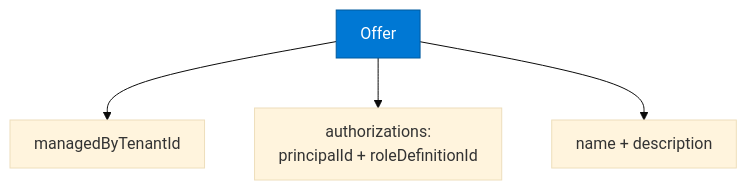
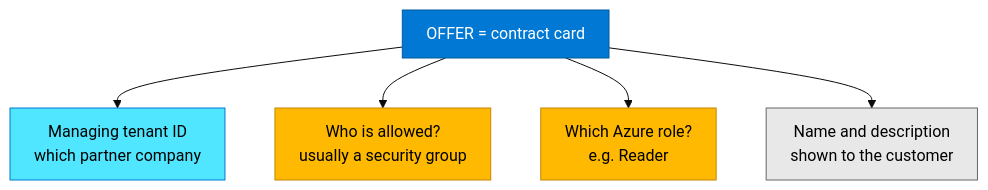
Before and after one commit to atingupta2005/adx-aws-training-aug-26: the fifth of 10 diagrams in Module_09_Azure_Lighthouse/09_Azure_Lighthouse_Concepts.md, drawn with Mermaid. The commit also changed other lines of this file, not shown here.

````diff
--- a/Module_09_Azure_Lighthouse/09_Azure_Lighthouse_Concepts.md
+++ b/Module_09_Azure_Lighthouse/09_Azure_Lighthouse_Concepts.md
@@ -104,9 +183,14 @@
 ```mermaid
 %%{init: {"theme":"base","flowchart":{"htmlLabels":true,"padding":12}}}%%
 flowchart TB
-  O["Offer"]
-  O --> T["managedByTenantId"]
-  O --> P["authorizations:<br/>principalId + roleDefinitionId"]
-  O --> N["name + description"]
-  style O fill:#0078D4,stroke:#005A9E,color:#fff
+  OFFER["OFFER = contract card"]
+  OFFER --> T["Managing tenant ID<br/>which partner company"]
+  OFFER --> P["Who is allowed?<br/>usually a security group"]
+  OFFER --> R["Which Azure role?<br/>e.g. Reader"]
+  OFFER --> N["Name and description<br/>shown to the customer"]
+  style OFFER fill:#0078D4,stroke:#005A9E,color:#fff
+  style T fill:#50e6ff,stroke:#0078D4,color:#000
+  style P fill:#FFB900,stroke:#C98400,color:#000
+  style R fill:#FFB900,stroke:#C98400,color:#000
+  style N fill:#e8e8e8,stroke:#666,color:#000
 ```
````
